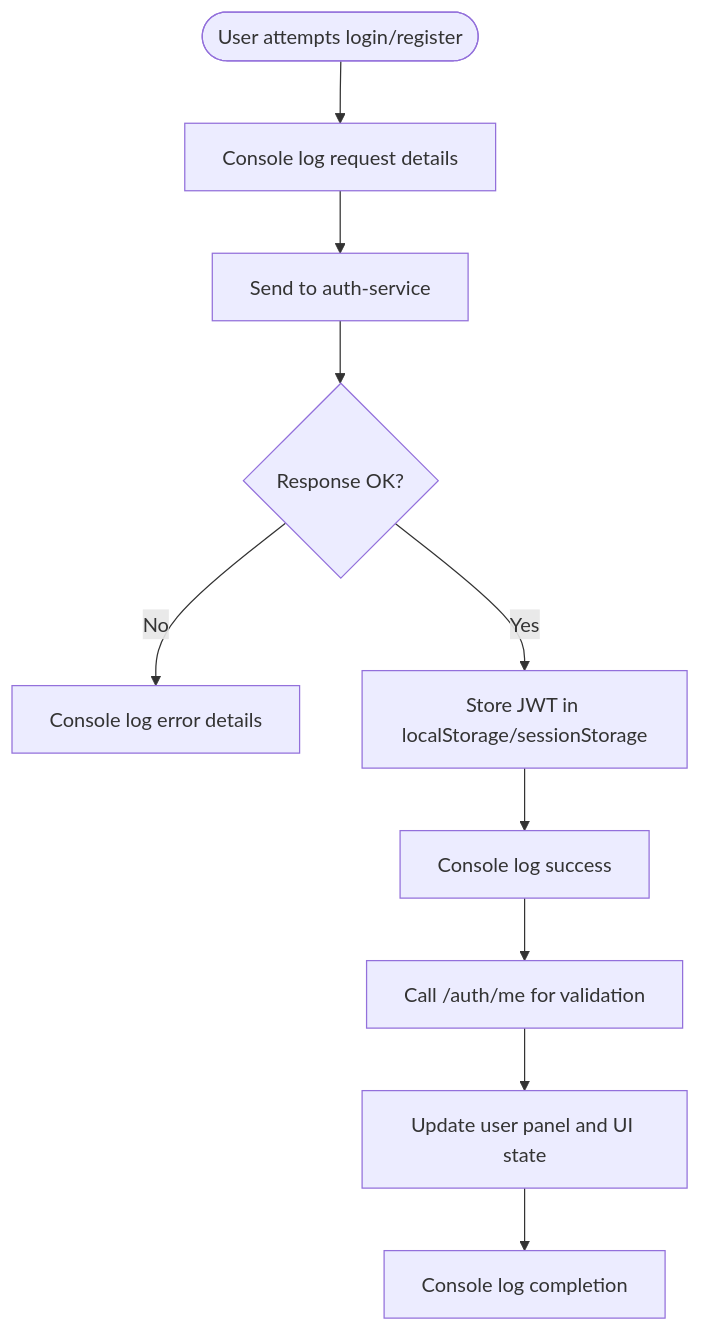
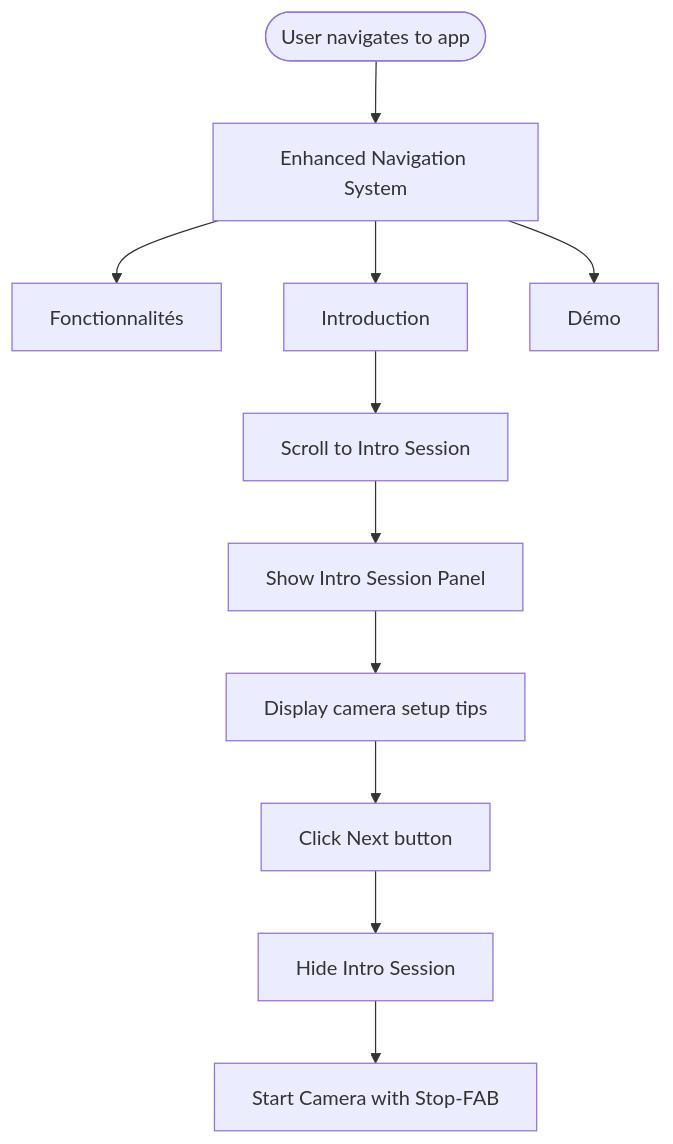
The third of 11 diagrams in .qoder/repowiki/en/content/Frontend Application.md (ikramhh/signvue-project), drawn with Mermaid before and after one commit. The commit also changed other lines of this file and 9 other files, not shown here.

````diff
--- a/.qoder/repowiki/en/content/Frontend Application.md
+++ b/.qoder/repowiki/en/content/Frontend Application.md
@@ -181,12 +185,13 @@
 ```mermaid
 flowchart TD
-Start(["User attempts login/register"]) --> LogRequest["Console log request details"]
-LogRequest --> SendAuth["Send to auth-service"]
-SendAuth --> CheckResponse{"Response OK?"}
-CheckResponse --> |No| LogError["Console log error details"]
-CheckResponse --> |Yes| StoreToken["Store JWT in localStorage/sessionStorage"]
-StoreToken --> LogSuccess["Console log success"]
-LogSuccess --> ValidateSession["Call /auth/me for validation"]
-ValidateSession --> UpdateUI["Update user panel and UI state"]
-UpdateUI --> LogComplete["Console log completion"]
+Start(["User navigates to app"]) --> NavSystem["Enhanced Navigation System"]
+NavSystem --> FeaturesLink["Fonctionnalités"]
+NavSystem --> IntroLink["Introduction"]
+NavSystem --> DemoLink["Démo"]
+IntroLink --> ScrollToIntro["Scroll to Intro Session"]
+ScrollToIntro --> ShowIntro["Show Intro Session Panel"]
+ShowIntro --> UserTips["Display camera setup tips"]
+UserTips --> NextButton["Click Next button"]
+NextButton --> HideIntro["Hide Intro Session"]
+HideIntro --> StartCamera["Start Camera with Stop-FAB"]
 ```
````
